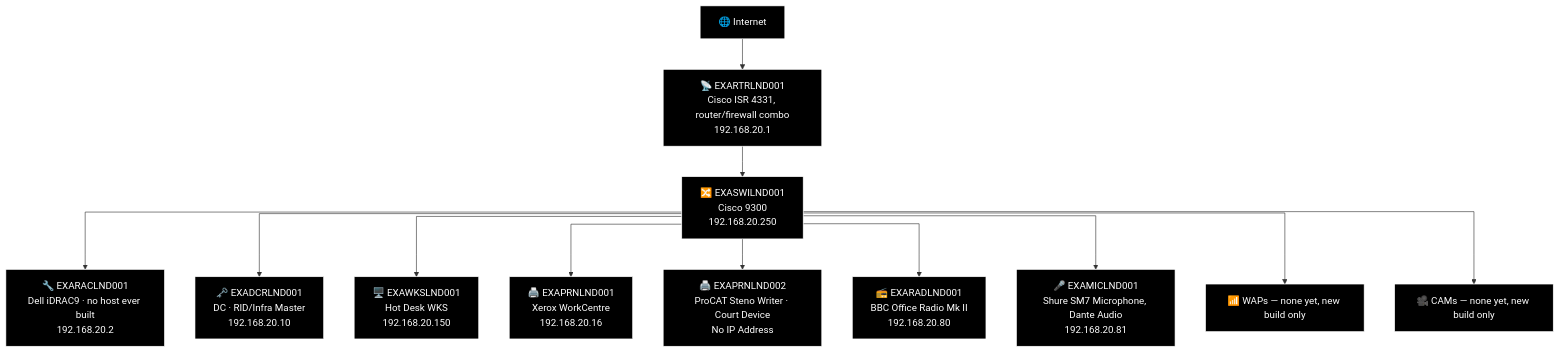
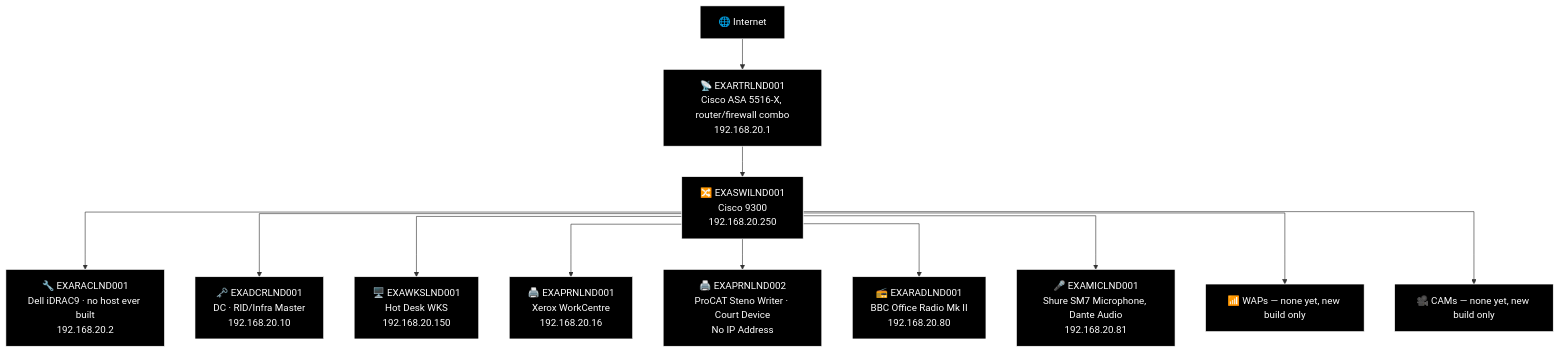
The first of 27 diagrams in docs/network-diagram/england.md (knightmare2600/example_music_infra), drawn with Mermaid before and after one commit. The commit also changed other lines of this file and 5 other files, not shown here.

````diff
--- a/docs/network-diagram/england.md
+++ b/docs/network-diagram/england.md
@@ -27,42 +27,42 @@
 ```mermaid
 %%{init: {'flowchart': {'curve': 'stepAfter'}}}%%
 graph TD
     O_INET["🌐 Internet"]
-    O_RTR["📡 EXARTRLND001<br/>Cisco ISR 4331, router/firewall combo<br/>192.168.20.1"]
+    O_RTR["📡 EXARTRLND001<br/>Cisco ASA 5516-X, router/firewall combo<br/>192.168.20.1"]
     O_INET --> O_RTR
     O_SW["🔀 EXASWILND001<br/>Cisco 9300<br/>192.168.20.250"]
     O_RTR --> O_SW
 
     O_RAC["🔧 EXARACLND001<br/>Dell iDRAC9 · no host ever built<br/>192.168.20.2"]
     O_DC["🗝️ EXADCRLND001<br/>DC · RID/Infra Master<br/>192.168.20.10"]
     O_SW --> O_RAC
     O_SW --> O_DC
 
     O_WKS["🖥️ EXAWKSLND001<br/>Hot Desk WKS<br/>192.168.20.150"]
     O_PRN1["🖨️ EXAPRNLND001<br/>Xerox WorkCentre<br/>192.168.20.16"]
     O_PRN2["🖨️ EXAPRNLND002<br/>ProCAT Steno Writer · Court Device<br/>No IP Address"]
     O_RAD["📻 EXARADLND001<br/>BBC Office Radio Mk II<br/>192.168.20.80"]
     O_MIC["🎤 EXAMICLND001<br/>Shure SM7 Microphone, Dante Audio<br/>192.168.20.81"]
     O_WAP["📶 WAPs — none yet, new build only"]
     O_CAM["🎥 CAMs — none yet, new build only"]
     O_SW --> O_WKS
     O_SW --> O_PRN1
     O_SW --> O_PRN2
     O_SW --> O_RAD
     O_SW --> O_MIC
     O_SW --> O_WAP
     O_SW --> O_CAM
 
     style O_INET fill:#000000,stroke:#FFFFFF,color:#FFFFFF
     style O_RTR fill:#000000,stroke:#FFFFFF,color:#FFFFFF
     style O_SW fill:#000000,stroke:#FFFFFF,color:#FFFFFF
     style O_RAC fill:#000000,stroke:#FFFFFF,color:#FFFFFF
     style O_DC fill:#000000,stroke:#FFFFFF,color:#FFFFFF
     style O_WKS fill:#000000,stroke:#FFFFFF,color:#FFFFFF
     style O_PRN1 fill:#000000,stroke:#FFFFFF,color:#FFFFFF
     style O_PRN2 fill:#000000,stroke:#FFFFFF,color:#FFFFFF
     style O_RAD fill:#000000,stroke:#FFFFFF,color:#FFFFFF
     style O_MIC fill:#000000,stroke:#FFFFFF,color:#FFFFFF
     style O_WAP fill:#000000,stroke:#FFFFFF,color:#FFFFFF
     style O_CAM fill:#000000,stroke:#FFFFFF,color:#FFFFFF
 ```
````
